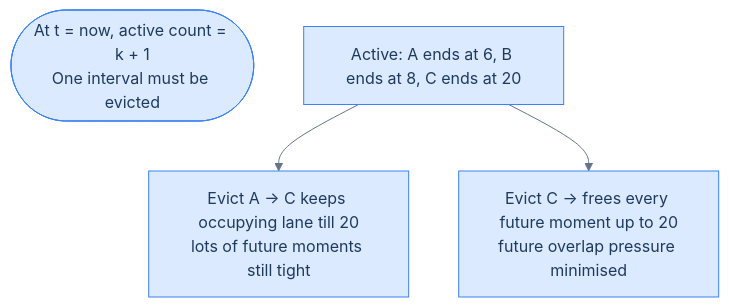
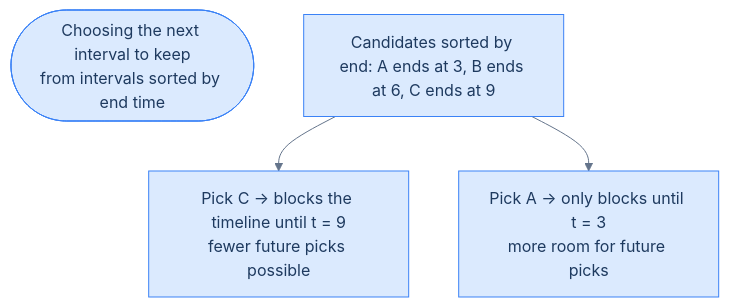
Before and after one commit to ani2fun/codefolio: diagram 15 of 20 in content/cortex/data-structures-and-algorithms/02-linear-structures/01-arrays/10-pattern-maximum-overlap.md, drawn with Mermaid. The commit also changed other lines of this file, not shown here.

First line of the commit message:
dsa: align chapter 10 (Min Meeting Rooms / Remove Intervals / Busiest Interval / Peak Resource Requirement) wholesale to source

````diff
--- a/content/cortex/data-structures-and-algorithms/02-linear-structures/01-arrays/10-pattern-maximum-overlap.md
+++ b/content/cortex/data-structures-and-algorithms/02-linear-structures/01-arrays/10-pattern-maximum-overlap.md
@@ -1319,20 +1502,20 @@
 ```mermaid
 ---
 config:
   theme: base
   themeVariables:
     primaryColor: "#dbeafe"
     primaryBorderColor: "#3b82f6"
     primaryTextColor: "#1e3a5f"
     lineColor: "#64748b"
     secondaryColor: "#ede9fe"
     tertiaryColor: "#fef9c3"
 ---
 flowchart TB
-    Trigger(["At t = now, active count = k + 1<br/>One interval must be evicted"])
-    Choice["Active: A ends at 6, B ends at 8, C ends at 20"]
-    Bad["Evict A → C keeps occupying lane till 20<br/>lots of future moments still tight"]
-    Good["Evict C → frees every future moment up to 20<br/>future overlap pressure minimised"]
+    Trigger(["Choosing the next interval to keep<br/>from intervals sorted by end time"])
+    Choice["Candidates sorted by end: A ends at 3, B ends at 6, C ends at 9"]
+    Bad["Pick C → blocks the timeline until t = 9<br/>fewer future picks possible"]
+    Good["Pick A → only blocks until t = 3<br/>more room for future picks"]
     Choice --> Bad
     Choice --> Good
 ```
````
